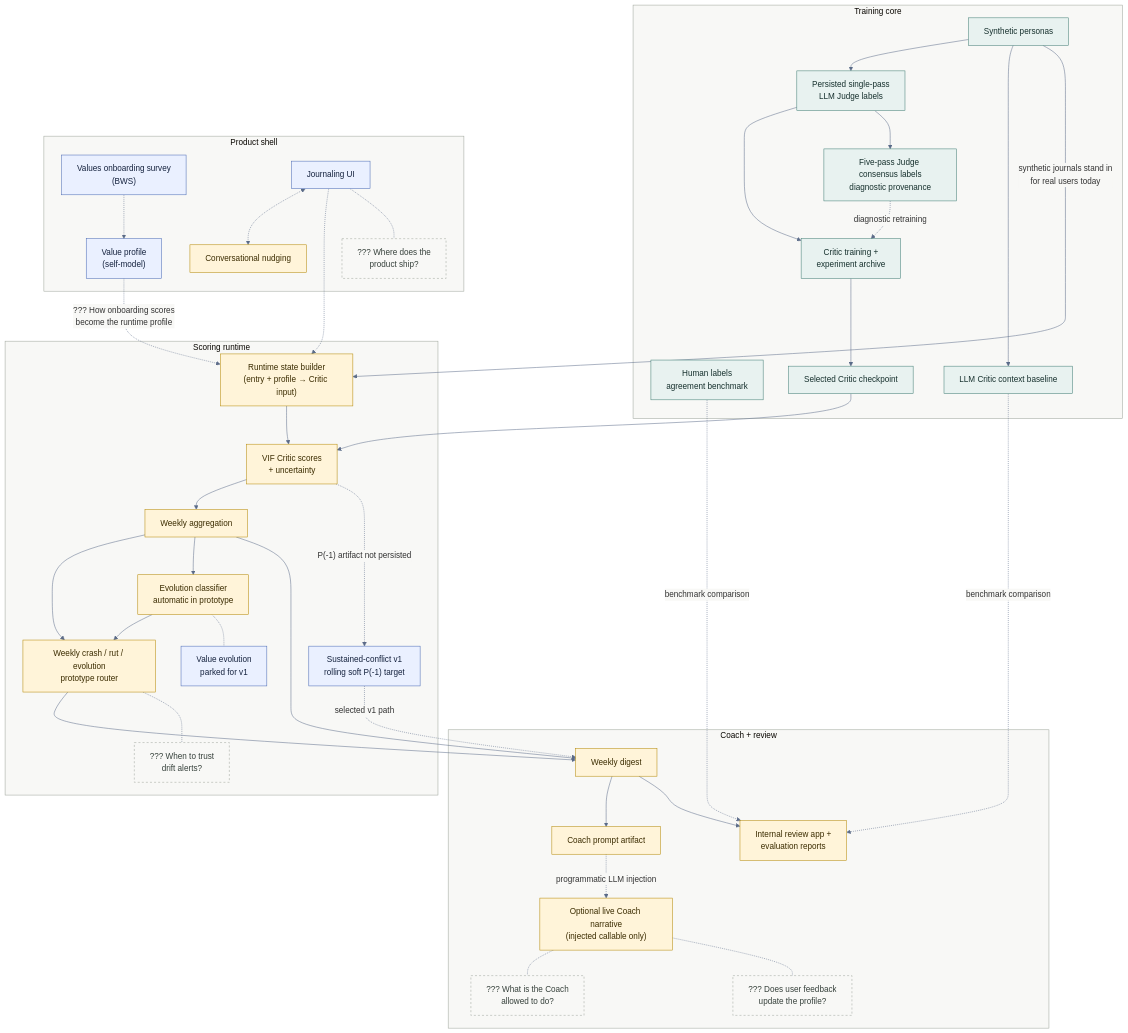
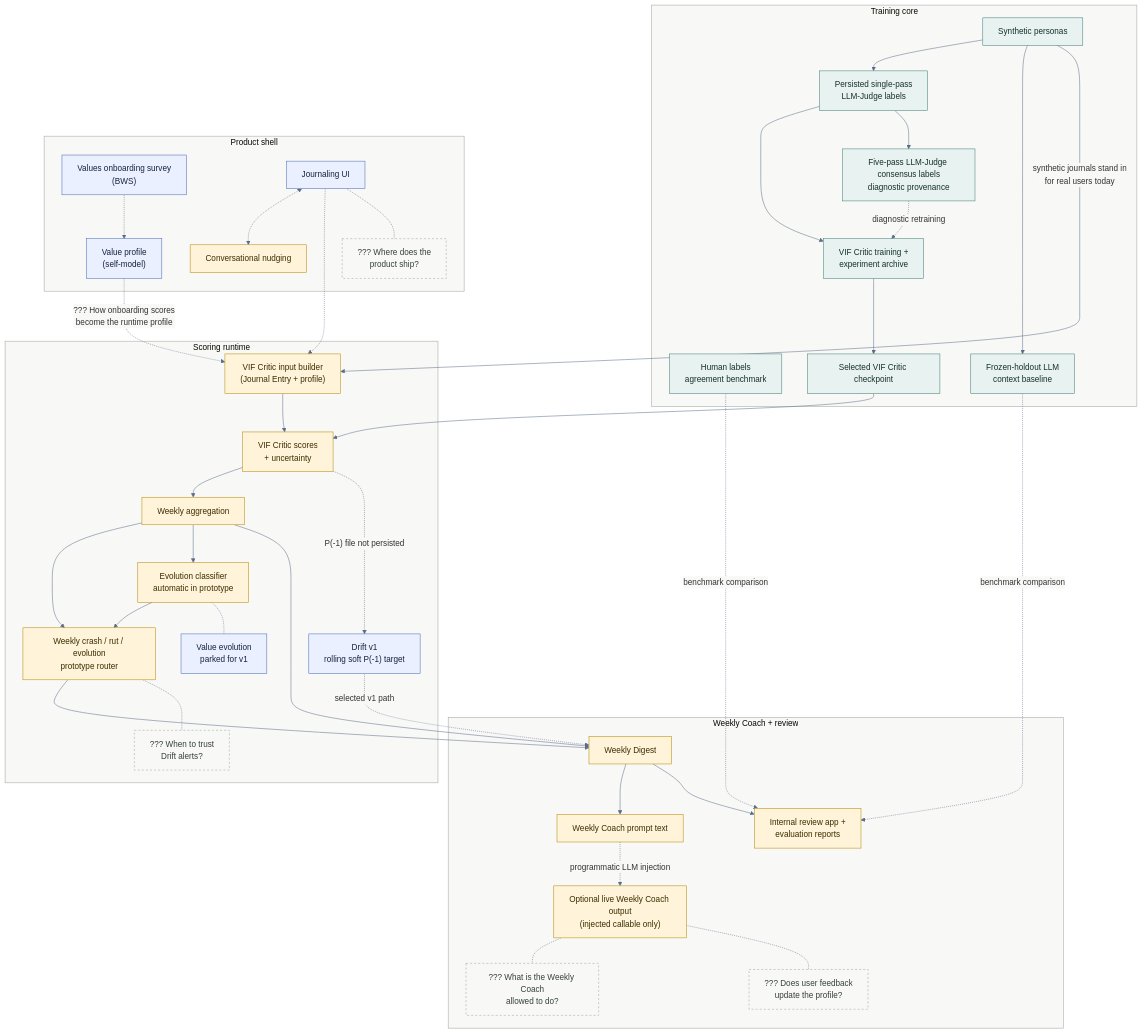
Before and after one commit to DesmondChoy/twinkl: the diagram in docs/architecture/e2e_architecture.md, drawn with Mermaid. The commit also changed other lines of this file and 40 other files, not shown here.

```diff
--- a/docs/architecture/e2e_architecture.md
+++ b/docs/architecture/e2e_architecture.md
@@ -34,12 +34,12 @@
 
     subgraph training["Training core"]
         personas["Synthetic personas"]
-        judge["Persisted single-pass<br/>LLM Judge labels"]
-        consensus["Five-pass Judge consensus labels<br/>diagnostic provenance"]
+        judge["Persisted single-pass<br/>LLM-Judge labels"]
+        consensus["Five-pass LLM-Judge consensus labels<br/>diagnostic provenance"]
         annotation["Human labels<br/>agreement benchmark"]
-        critic_train["Critic training +<br/>experiment archive"]
-        checkpoint["Selected Critic checkpoint"]
-        llm_baseline["LLM Critic context baseline"]
+        critic_train["VIF Critic training +<br/>experiment archive"]
+        checkpoint["Selected VIF Critic checkpoint"]
+        llm_baseline["Frozen-holdout LLM<br/>context baseline"]
     end
 
     subgraph product["Product shell"]
@@ -51,22 +51,22 @@
     end
 
     subgraph runtime["Scoring runtime"]
-        state["Runtime state builder<br/>(entry + profile → Critic input)"]
+        state["VIF Critic input builder<br/>(Journal Entry + profile)"]
         scores["VIF Critic scores<br/>+ uncertainty"]
         weekly["Weekly aggregation"]
         drift["Weekly crash / rut / evolution<br/>prototype router"]
-        drift_v1["Sustained-conflict v1<br/>rolling soft P(-1) target"]
+        drift_v1["Drift v1<br/>rolling soft P(-1) target"]
         evolution["Evolution classifier<br/>automatic in prototype"]
-        d_trigger["??? When to trust<br/>drift alerts?"]
+        d_trigger["??? When to trust<br/>Drift alerts?"]
         d_evolution["Value evolution<br/>parked for v1"]
     end
 
-    subgraph coach["Coach + review"]
-        digest["Weekly digest"]
-        prompt["Coach prompt artifact"]
-        narrative["Optional live Coach narrative<br/>(injected callable only)"]
+    subgraph coach["Weekly Coach + review"]
+        digest["Weekly Digest"]
+        prompt["Weekly Coach prompt text"]
+        narrative["Optional live Weekly Coach output<br/>(injected callable only)"]
         review["Internal review app +<br/>evaluation reports"]
-        d_boundary["??? What is the Coach<br/>allowed to do?"]
+        d_boundary["??? What is the Weekly Coach<br/>allowed to do?"]
         d_feedback["??? Does user feedback<br/>update the profile?"]
     end
 
@@ -93,9 +93,9 @@
     checkpoint --> scores
     state --> scores --> weekly --> drift
     weekly --> evolution --> drift
-    scores -. "P(-1) artifact not persisted" .-> drift_v1
+    scores -. "P(-1) file not persisted" .-> drift_v1
 
-    %% Coach + review (wired, experimental)
+    %% Weekly Coach + review (wired, experimental)
     drift --> digest
     weekly --> digest
     drift_v1 -. "selected v1 path" .-> digest
```
